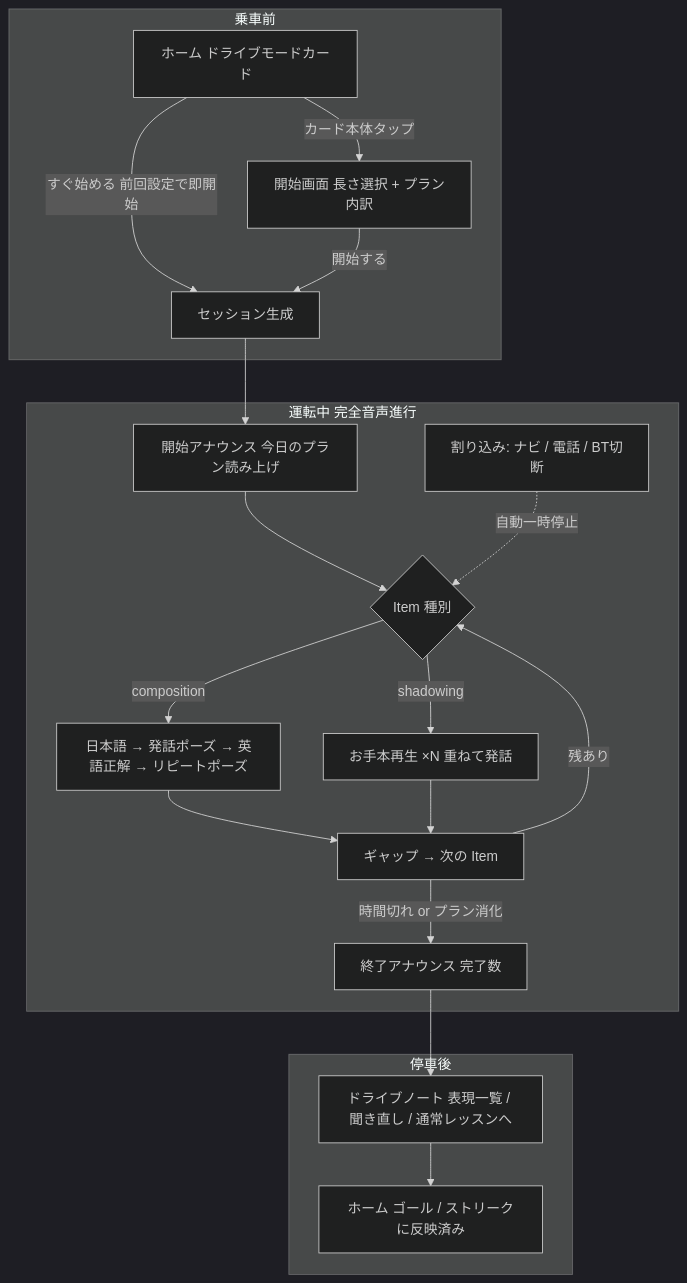
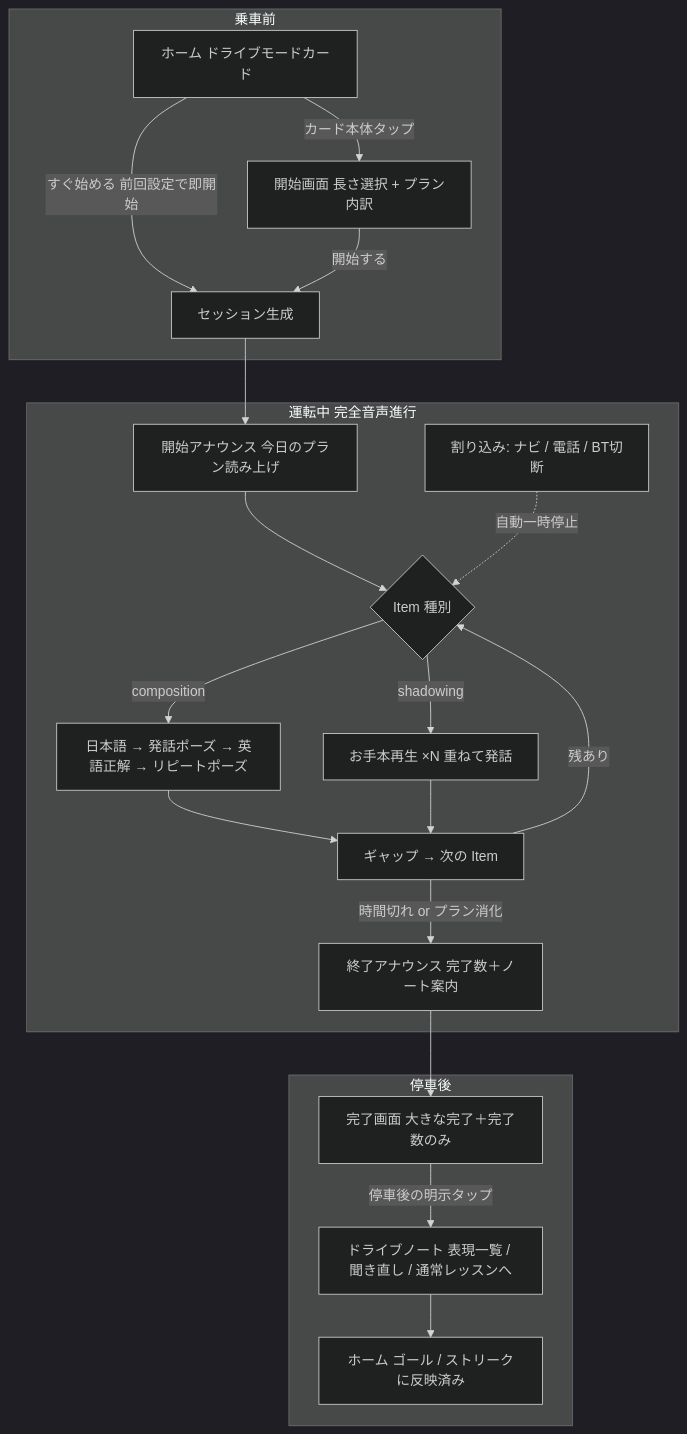
One commit to Kyogo73/SnapSpeak changed the fifth of 5 diagrams in docs/ux-design.md. Above: the diagram before and after it, drawn with Mermaid (dark theme). The commit also changed other lines of this file and 13 other files, not shown here.

````diff
--- a/docs/ux-design.md
+++ b/docs/ux-design.md
@@ -519,23 +519,24 @@
 ```mermaid
 flowchart TD
   subgraph pre ["乗車前"]
     Home["ホーム ドライブモードカード"] -->|すぐ始める 前回設定で即開始| Boot["セッション生成"]
     Home -->|カード本体タップ| Start["開始画面 長さ選択 + プラン内訳"]
     Start -->|開始する| Boot
   end
   subgraph drive ["運転中 完全音声進行"]
     Boot --> Intro["開始アナウンス 今日のプラン読み上げ"]
     Intro --> Item{"Item 種別"}
     Item -->|composition| CSeq["日本語 → 発話ポーズ → 英語正解 → リピートポーズ"]
     Item -->|shadowing| SSeq["お手本再生 ×N 重ねて発話"]
     CSeq --> Next["ギャップ → 次の Item"]
     SSeq --> Next
     Next -->|残あり| Item
-    Next -->|時間切れ or プラン消化| Outro["終了アナウンス 完了数"]
+    Next -->|時間切れ or プラン消化| Outro["終了アナウンス 完了数＋ノート案内"]
     Int["割り込み: ナビ / 電話 / BT切断"] -.->|自動一時停止| Item
   end
   subgraph post ["停車後"]
-    Outro --> Note["ドライブノート 表現一覧 / 聞き直し / 通常レッスンへ"]
+    Outro --> Done["完了画面 大きな完了＋完了数のみ"]
+    Done -->|停車後の明示タップ| Note["ドライブノート 表現一覧 / 聞き直し / 通常レッスンへ"]
     Note --> Home2["ホーム ゴール / ストリークに反映済み"]
   end
 ```
````
